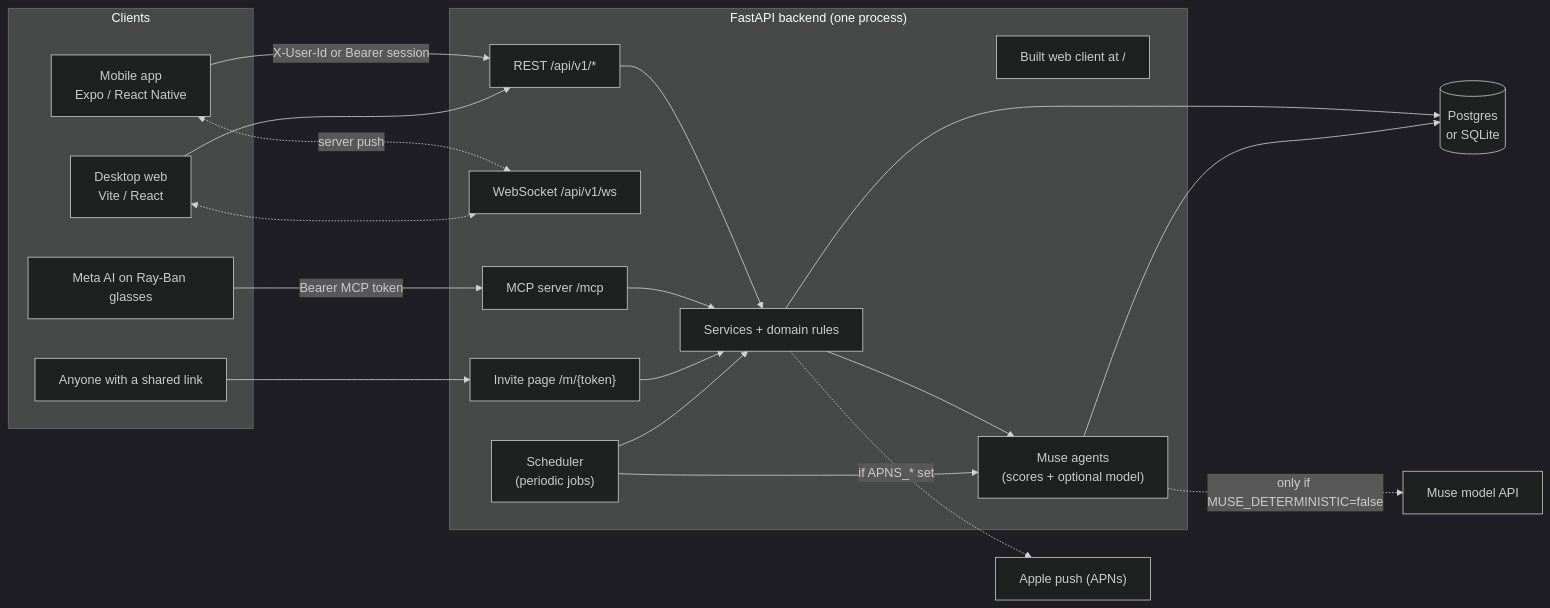
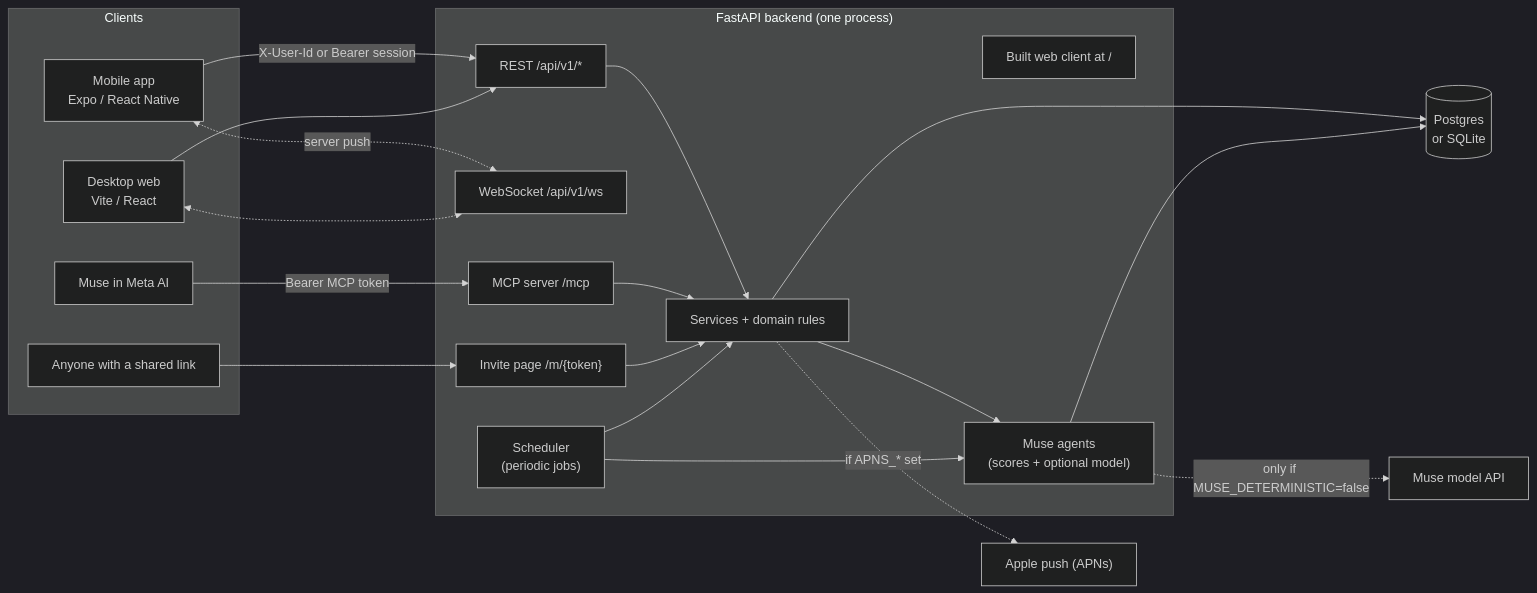
The first of 11 diagrams in ARCHITECTURE.md (axv2655/hackmeta-26), drawn with Mermaid (dark theme) before and after one commit. The commit also changed other lines of this file and 3 other files, not shown here.

Commit message:
docs: README leads with the hosted server, image architecture diagram, Muse in Meta AI

````diff
--- a/ARCHITECTURE.md
+++ b/ARCHITECTURE.md
@@ -19,41 +19,41 @@
 ```mermaid
 flowchart LR
     subgraph Clients
         M["Mobile app<br/>Expo / React Native"]
         W["Desktop web<br/>Vite / React"]
-        G["Meta AI on Ray-Ban glasses"]
+        G["Muse in Meta AI"]
         X["Anyone with a shared link"]
     end
 
     subgraph Backend["FastAPI backend (one process)"]
         API["REST /api/v1/*"]
         WS["WebSocket /api/v1/ws"]
         MCP["MCP server /mcp"]
         INV["Invite page /m/{token}"]
         WEB["Built web client at /"]
         CORE["Services + domain rules"]
         MUSE["Muse agents<br/>(scores + optional model)"]
         SCH["Scheduler<br/>(periodic jobs)"]
     end
 
     DB[("Postgres<br/>or SQLite")]
     LLM["Muse model API"]
     APNS["Apple push (APNs)"]
 
     M -- "X-User-Id or Bearer session" --> API
     M <-. "server push" .-> WS
     W --> API
     W <-.-> WS
     G -- "Bearer MCP token" --> MCP
     X --> INV
     API --> CORE
     MCP --> CORE
     INV --> CORE
     CORE --> MUSE
     SCH --> CORE
     SCH --> MUSE
     CORE --> DB
     MUSE --> DB
     MUSE -. "only if MUSE_DETERMINISTIC=false" .-> LLM
     CORE -. "if APNS_* set" .-> APNS
 ```
````
